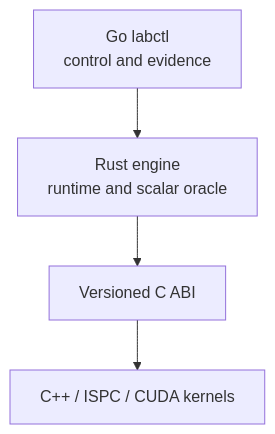
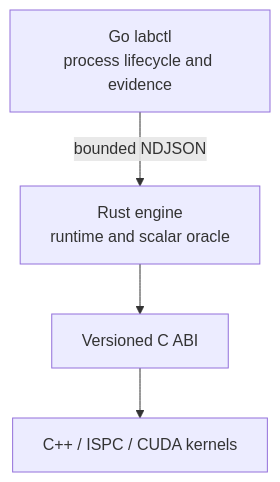
One commit to kvetinski/paraflow changed the third of 3 diagrams in README.md. Above: the diagram before and after it, drawn with Mermaid. The commit also changed other lines of this file and 21 other files, not shown here.

````diff
--- a/README.md
+++ b/README.md
@@ -83,6 +177,6 @@
 ```mermaid
 flowchart TD
-    G["Go labctl<br/>control and evidence"] --> R["Rust engine<br/>runtime and scalar oracle"]
+    G["Go labctl<br/>process lifecycle and evidence"] -->|"bounded NDJSON"| R["Rust engine<br/>runtime and scalar oracle"]
     R --> A["Versioned C ABI"]
     A --> C["C++ / ISPC / CUDA kernels"]
 ```
````
